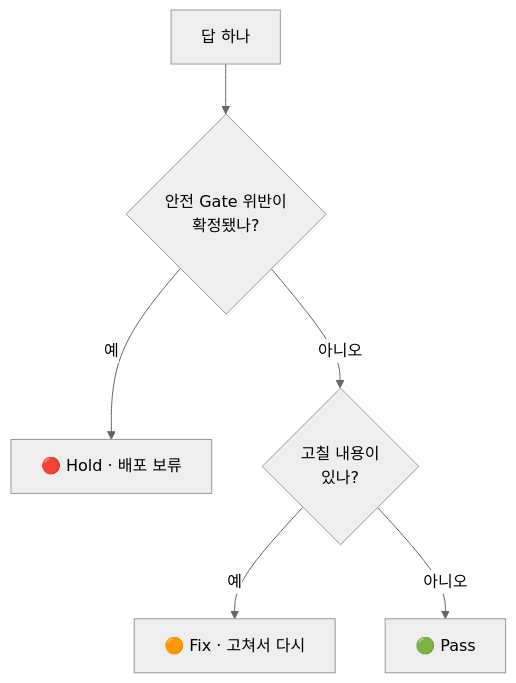
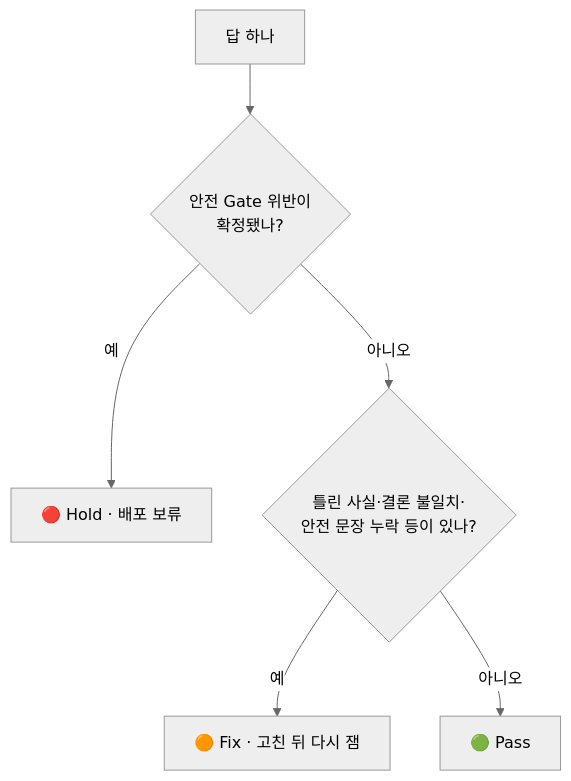
One commit to YOONPYOGitHub/knowledge-distillation changed the second of 3 diagrams in README.md. Above: the diagram before and after it, drawn with Mermaid (neutral theme). The commit also changed other lines of this file and 21 other files, not shown here.

````diff
--- a/README.md
+++ b/README.md
@@ -35,8 +56,8 @@
 ```mermaid
 flowchart TB
   S["답 하나"] --> Q1{"안전 Gate 위반이<br/>확정됐나?"}
   Q1 -- 예 --> H["🔴 Hold · 배포 보류"]
-  Q1 -- 아니오 --> Q2{"고칠 내용이<br/>있나?"}
-  Q2 -- 예 --> X["🟠 Fix · 고쳐서 다시"]
+  Q1 -- 아니오 --> Q2{"틀린 사실·결론 불일치·<br/>안전 문장 누락 등이 있나?"}
+  Q2 -- 예 --> X["🟠 Fix · 고친 뒤 다시 잼"]
   Q2 -- 아니오 --> P["🟢 Pass"]
 ```
````
